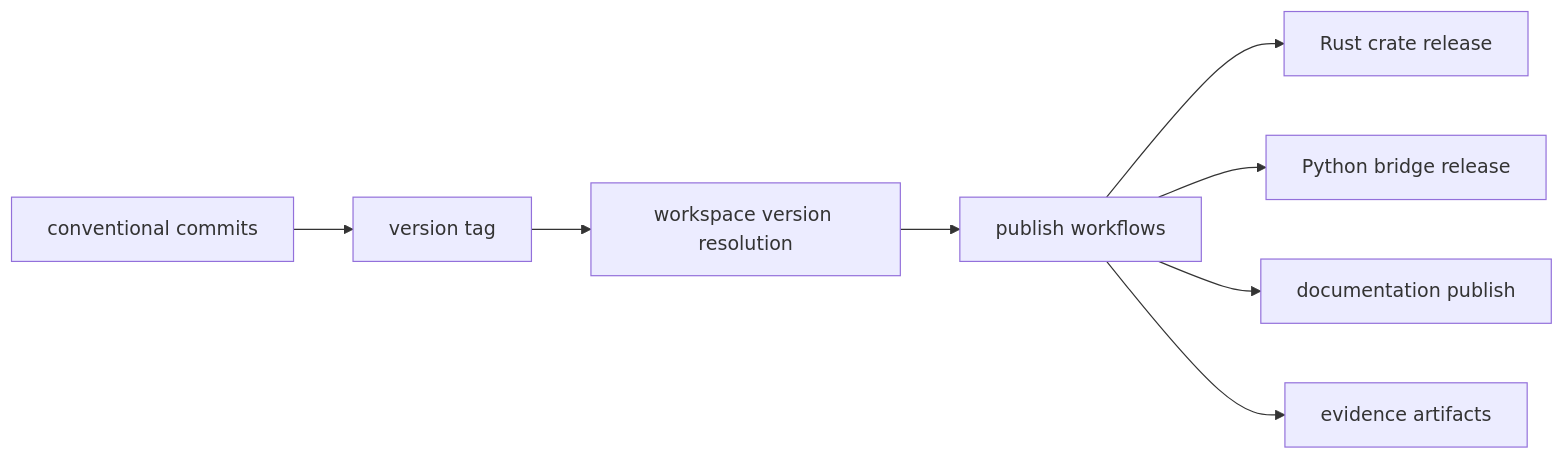
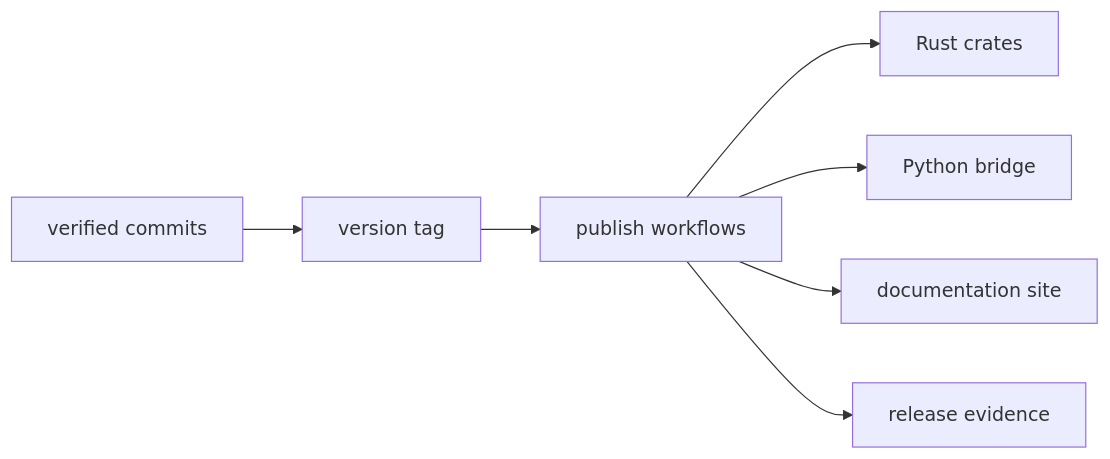
Before and after one commit to bijux/bijux-cli: the diagram in docs/bijux-core/architecture/distribution-model.md, drawn with Mermaid. The commit also changed other lines of this file, not shown here.

Commit message:
docs(core-architecture): clarify the distribution model

````diff
--- a/docs/bijux-core/architecture/distribution-model.md
+++ b/docs/bijux-core/architecture/distribution-model.md
@@ -17,10 +21,9 @@
 ```mermaid
 flowchart LR
-    commits[conventional commits] --> tag[version tag]
-    tag --> version[workspace version resolution]
-    version --> publish[publish workflows]
-    publish --> crates_release[Rust crate release]
-    publish --> python_release[Python bridge release]
-    publish --> docs_site[documentation publish]
-    publish --> evidence[evidence artifacts]
+    commits["verified commits"] --> tag["version tag"]
+    tag --> publish["publish workflows"]
+    publish --> crates_release["Rust crates"]
+    publish --> python_release["Python bridge"]
+    publish --> docs_site["documentation site"]
+    publish --> evidence["release evidence"]
 ```
````
